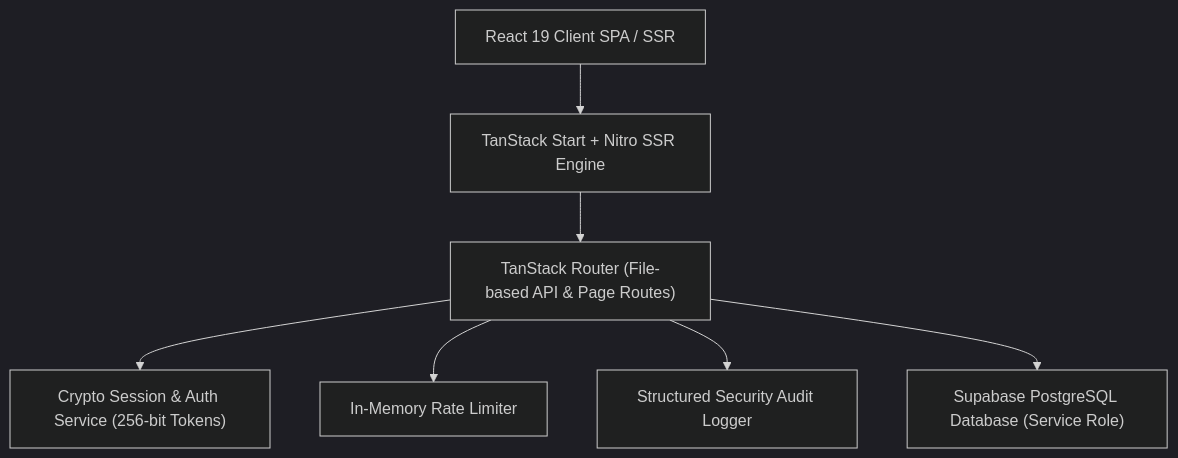
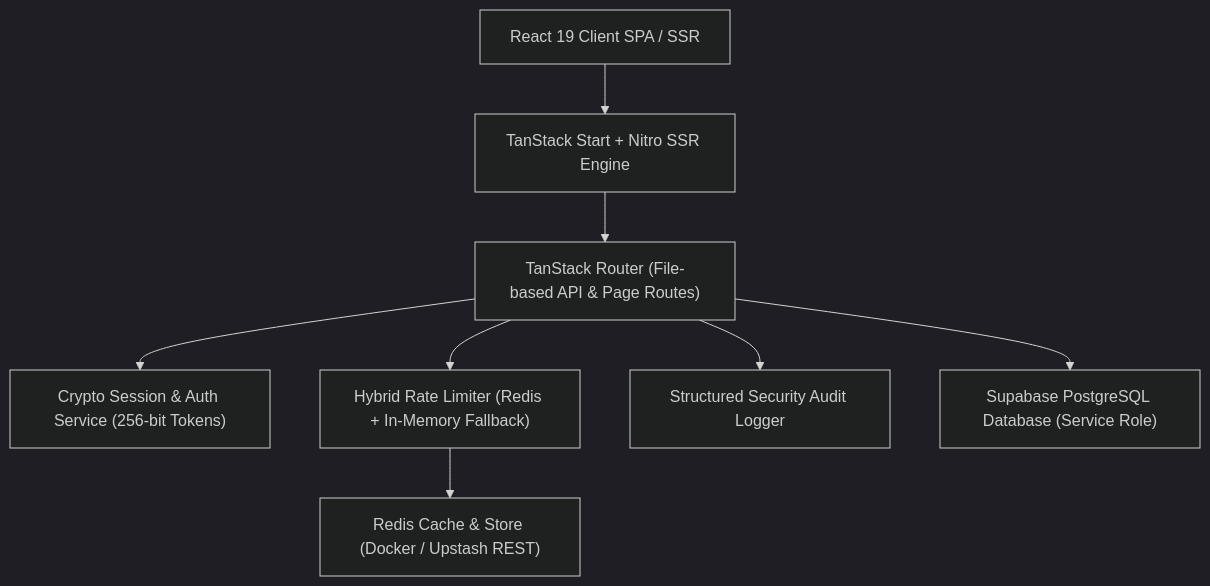
Before and after one commit to Hellthefox808/NCC-CRM-V1.0: the diagram in README.md, drawn with Mermaid (dark theme). The commit also changed other lines of this file and 105 other files, not shown here.

````diff
--- a/README.md
+++ b/README.md
@@ -14,16 +17,18 @@
 ```mermaid
 graph TD
     CLIENT["React 19 Client SPA / SSR"]
     START["TanStack Start + Nitro SSR Engine"]
     ROUTER["TanStack Router (File-based API & Page Routes)"]
     AUTH["Crypto Session & Auth Service (256-bit Tokens)"]
-    LIMITER["In-Memory Rate Limiter"]
+    LIMITER["Hybrid Rate Limiter (Redis + In-Memory Fallback)"]
+    REDIS["Redis Cache & Store (Docker / Upstash REST)"]
     AUDIT["Structured Security Audit Logger"]
     SUPABASE["Supabase PostgreSQL Database (Service Role)"]
 
     CLIENT --> START --> ROUTER
     ROUTER --> AUTH
     ROUTER --> LIMITER
+    LIMITER --> REDIS
     ROUTER --> AUDIT
     ROUTER --> SUPABASE
 ```
````
